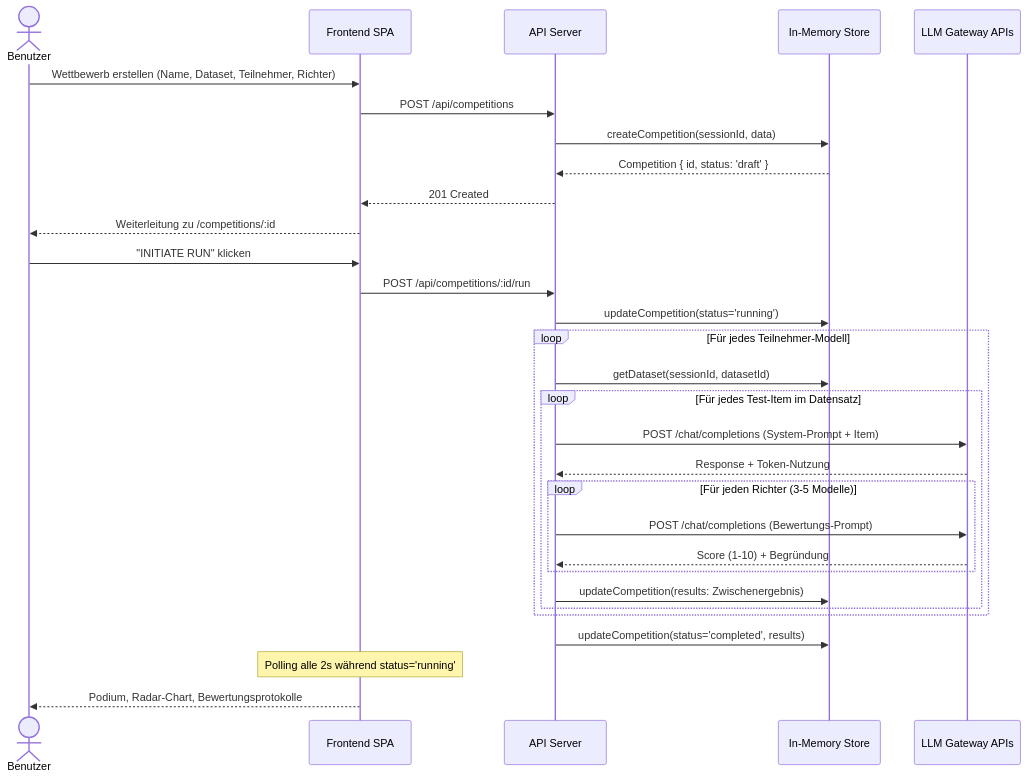
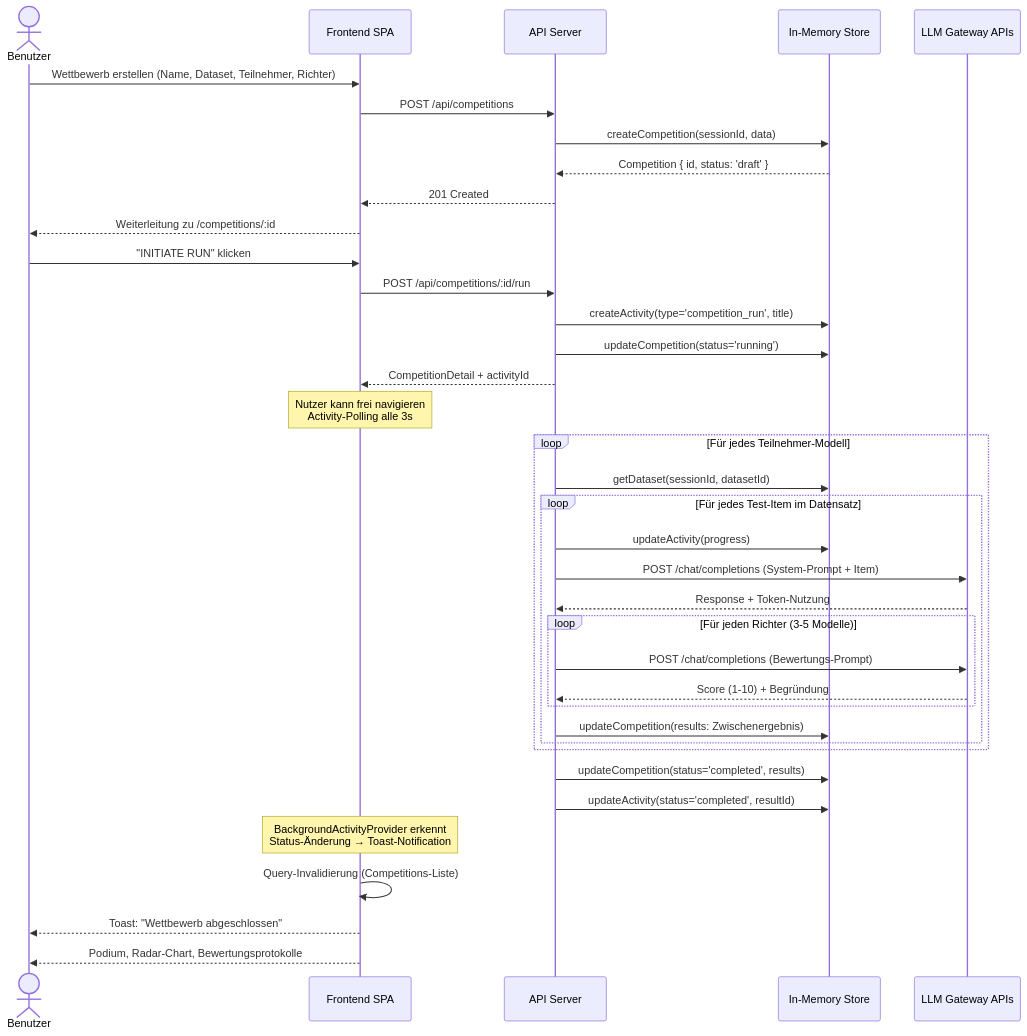
Before and after one commit to merlinbecker/LLM-Eval-Games2026: the ninth of 15 diagrams in arc42.md, drawn with Mermaid. The commit also changed other lines of this file and 63 other files, not shown here.

````diff
--- a/arc42.md
+++ b/arc42.md
@@ -452,37 +465,45 @@
 ```mermaid
 sequenceDiagram
     actor User as Benutzer
     participant FE as Frontend SPA
     participant API as API Server
     participant Store as In-Memory Store
     participant LLM as LLM Gateway APIs
 
     User->>FE: Wettbewerb erstellen (Name, Dataset, Teilnehmer, Richter)
     FE->>API: POST /api/competitions
     API->>Store: createCompetition(sessionId, data)
     Store-->>API: Competition { id, status: 'draft' }
     API-->>FE: 201 Created
     FE-->>User: Weiterleitung zu /competitions/:id
 
     User->>FE: "INITIATE RUN" klicken
     FE->>API: POST /api/competitions/:id/run
+    API->>Store: createActivity(type='competition_run', title)
     API->>Store: updateCompetition(status='running')
+    API-->>FE: CompetitionDetail + activityId
+
+    Note over FE: Nutzer kann frei navigieren<br/>Activity-Polling alle 3s
 
     loop Für jedes Teilnehmer-Modell
         API->>Store: getDataset(sessionId, datasetId)
         loop Für jedes Test-Item im Datensatz
+            API->>Store: updateActivity(progress)
             API->>LLM: POST /chat/completions (System-Prompt + Item)
             LLM-->>API: Response + Token-Nutzung
             loop Für jeden Richter (3-5 Modelle)
                 API->>LLM: POST /chat/completions (Bewertungs-Prompt)
                 LLM-->>API: Score (1-10) + Begründung
             end
             API->>Store: updateCompetition(results: Zwischenergebnis)
         end
     end
 
     API->>Store: updateCompetition(status='completed', results)
+    API->>Store: updateActivity(status='completed', resultId)
 
-    Note over FE: Polling alle 2s während status='running'
+    Note over FE: BackgroundActivityProvider erkennt<br/>Status-Änderung → Toast-Notification
+    FE->>FE: Query-Invalidierung (Competitions-Liste)
+    FE-->>User: Toast: "Wettbewerb abgeschlossen"
     FE-->>User: Podium, Radar-Chart, Bewertungsprotokolle
 ```
````
